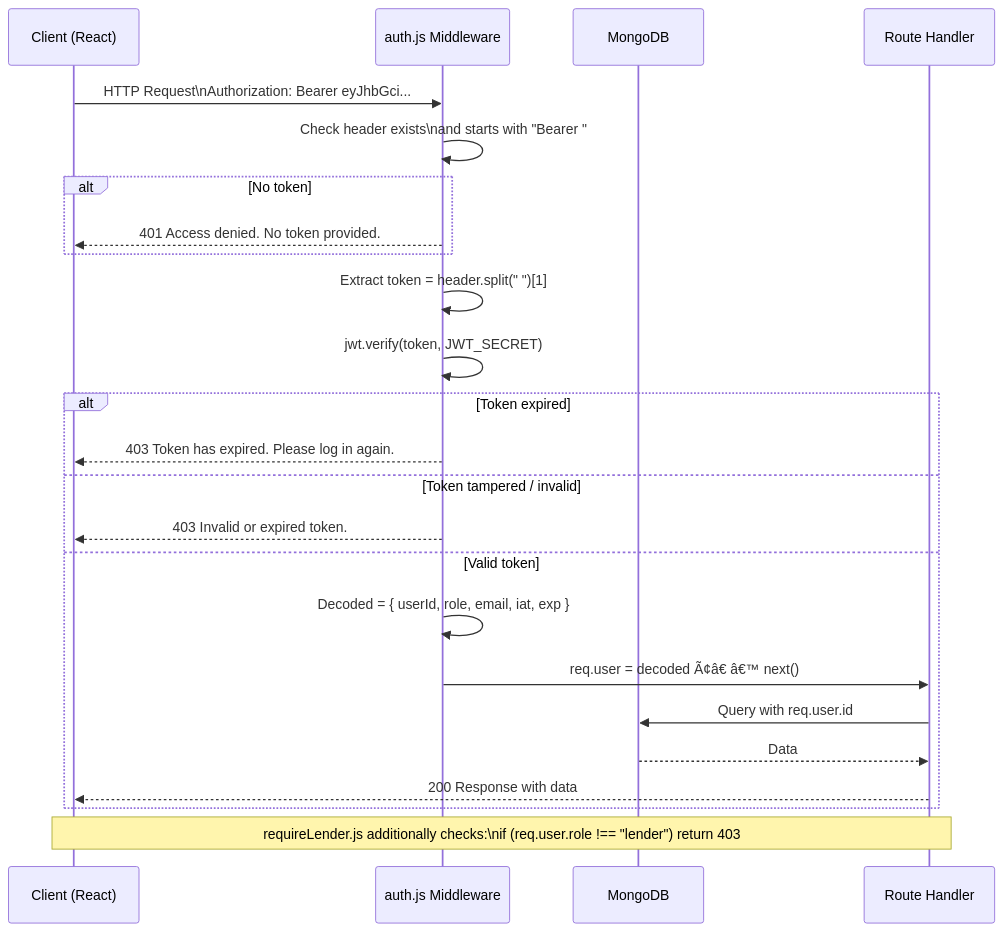
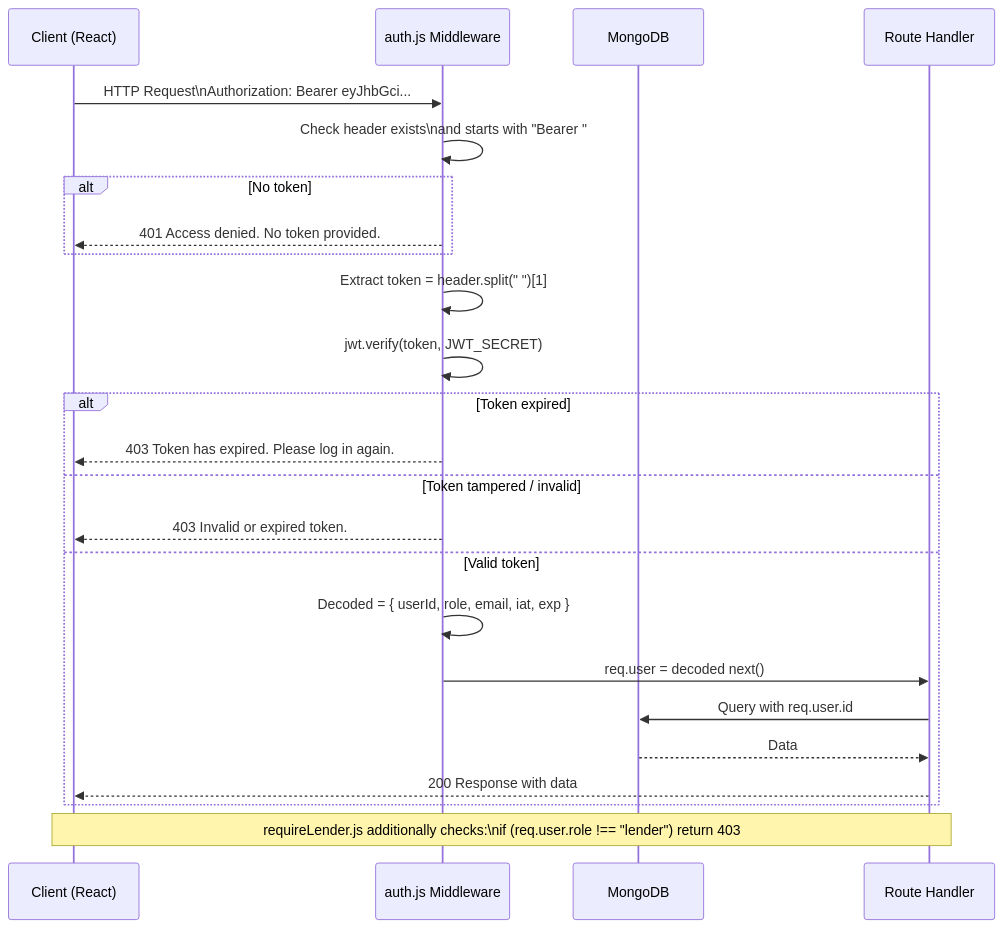
Before and after one commit to sivamaniganjerupalli/simplified-microloans: diagram 14 of 21 in PROCESS_FLOWS.md, drawn with Mermaid. The commit also changed other lines of this file and 14 other files, not shown here.

````diff
--- a/PROCESS_FLOWS.md
+++ b/PROCESS_FLOWS.md
@@ -494,31 +494,31 @@
 ```mermaid
 sequenceDiagram
     participant C as Client (React)
     participant MW as auth.js Middleware
     participant DB as MongoDB
     participant H as Route Handler
 
     C->>MW: HTTP Request\nAuthorization: Bearer eyJhbGci...
 
     MW->>MW: Check header exists\nand starts with "Bearer "
     alt No token
         MW-->>C: 401 Access denied. No token provided.
     end
 
     MW->>MW: Extract token = header.split(" ")[1]
     MW->>MW: jwt.verify(token, JWT_SECRET)
 
     alt Token expired
         MW-->>C: 403 Token has expired. Please log in again.
     else Token tampered / invalid
         MW-->>C: 403 Invalid or expired token.
     else Valid token
         MW->>MW: Decoded = { userId, role, email, iat, exp }
-        MW->>H: req.user = decoded Ã¢â€ â€™ next()
+        MW->>H: req.user = decoded  next()
         H->>DB: Query with req.user.id
         DB-->>H: Data
         H-->>C: 200 Response with data
     end
 
     Note over C,H: requireLender.js additionally checks:\nif (req.user.role !== "lender") return 403
 ```
````
